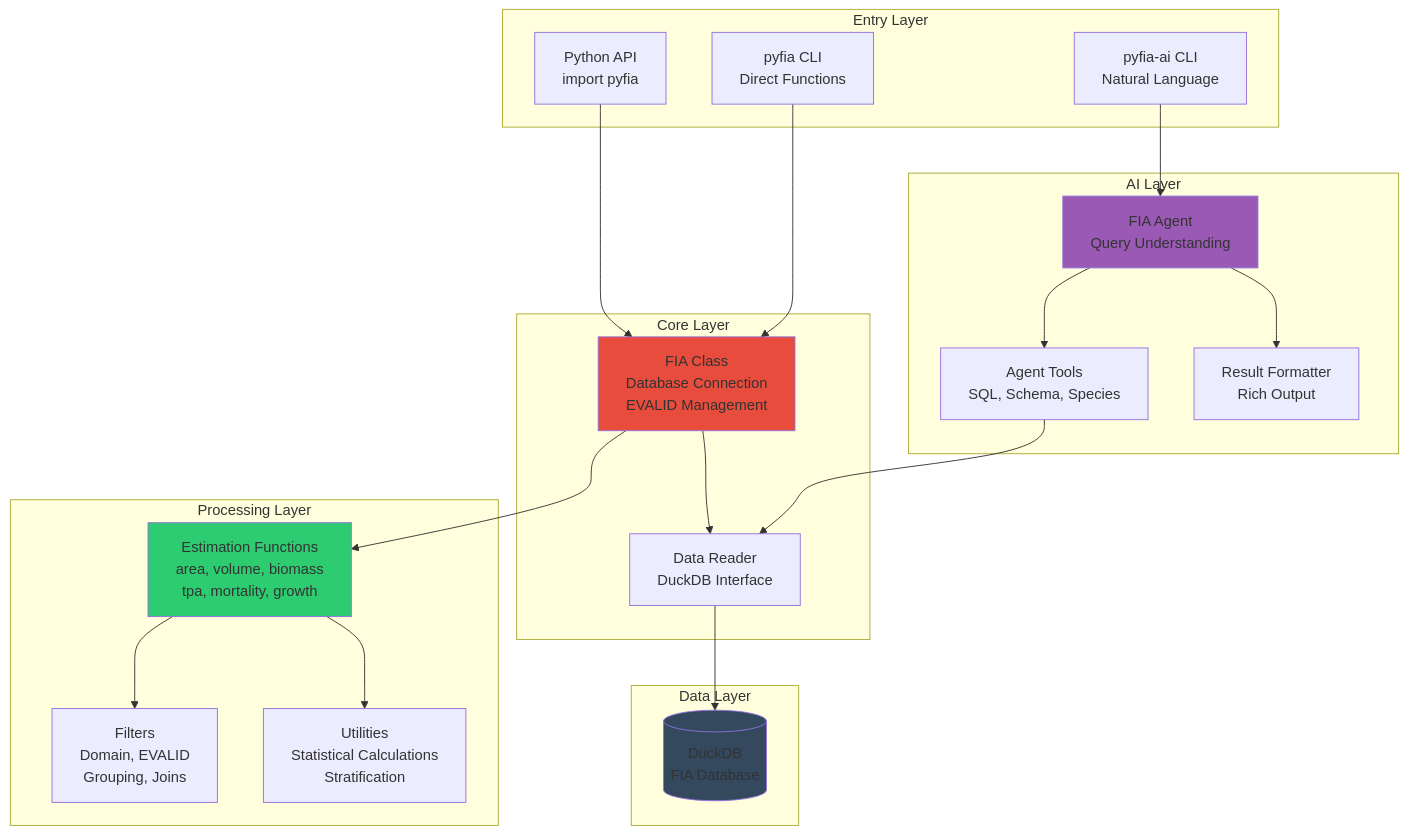
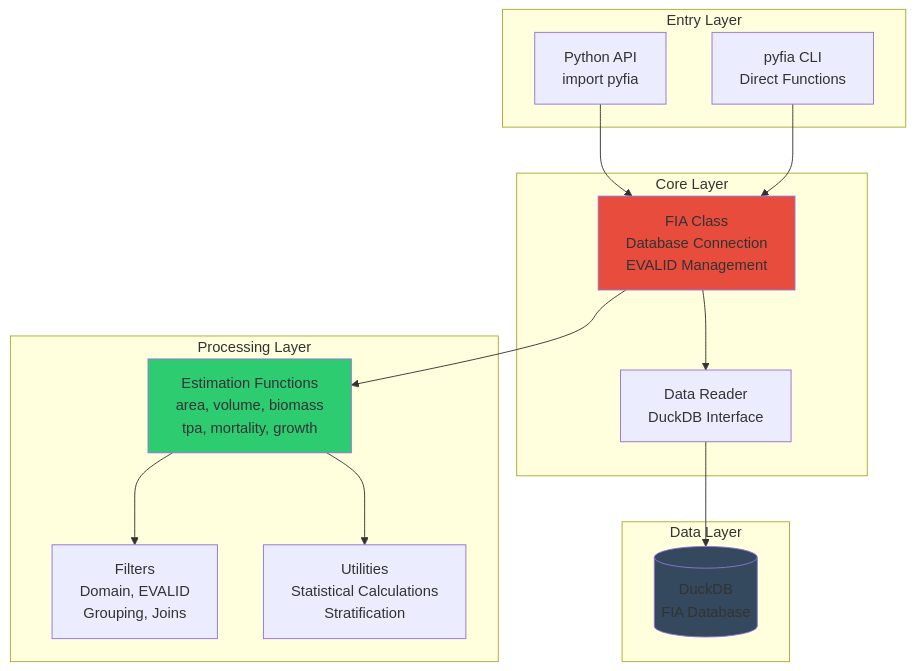
The first of 2 diagrams in docs/ARCHITECTURE_DIAGRAMS.md (mihiarc/pyfia), drawn with Mermaid before and after one commit. The commit also changed other lines of this file and 4 other files, not shown here.

````diff
--- a/docs/ARCHITECTURE_DIAGRAMS.md
+++ b/docs/ARCHITECTURE_DIAGRAMS.md
@@ -50,54 +13,39 @@
 ```mermaid
 graph TB
     %% Entry Points
     subgraph "Entry Layer"
         PY[Python API<br/>import pyfia]
-        CLI1[pyfia CLI<br/>Direct Functions]
-        CLI2[pyfia-ai CLI<br/>Natural Language]
+        CLI[pyfia CLI<br/>Direct Functions]
     end
     
     %% Core Components
     subgraph "Core Layer"
         FIA[FIA Class<br/>Database Connection<br/>EVALID Management]
         DR[Data Reader<br/>DuckDB Interface]
     end
     
     %% Processing
     subgraph "Processing Layer"
         EST[Estimation Functions<br/>area, volume, biomass<br/>tpa, mortality, growth]
         FILT[Filters<br/>Domain, EVALID<br/>Grouping, Joins]
         UTILS[Utilities<br/>Statistical Calculations<br/>Stratification]
     end
     
-    %% AI Components
-    subgraph "AI Layer"
-        AGENT[FIA Agent<br/>Query Understanding]
-        TOOLS[Agent Tools<br/>SQL, Schema, Species]
-        FORMAT[Result Formatter<br/>Rich Output]
-    end
-    
     %% Data
     subgraph "Data Layer"
         DB[(DuckDB<br/>FIA Database)]
     end
     
     %% Direct Path
     PY --> FIA
-    CLI1 --> FIA
+    CLI --> FIA
     FIA --> EST
     EST --> FILT
     EST --> UTILS
     FIA --> DR
     DR --> DB
     
-    %% AI Path  
-    CLI2 --> AGENT
-    AGENT --> TOOLS
-    TOOLS --> DR
-    AGENT --> FORMAT
-    
     style FIA fill:#e74c3c
     style EST fill:#2ecc71
-    style AGENT fill:#9b59b6
     style DB fill:#34495e
 ```
````
